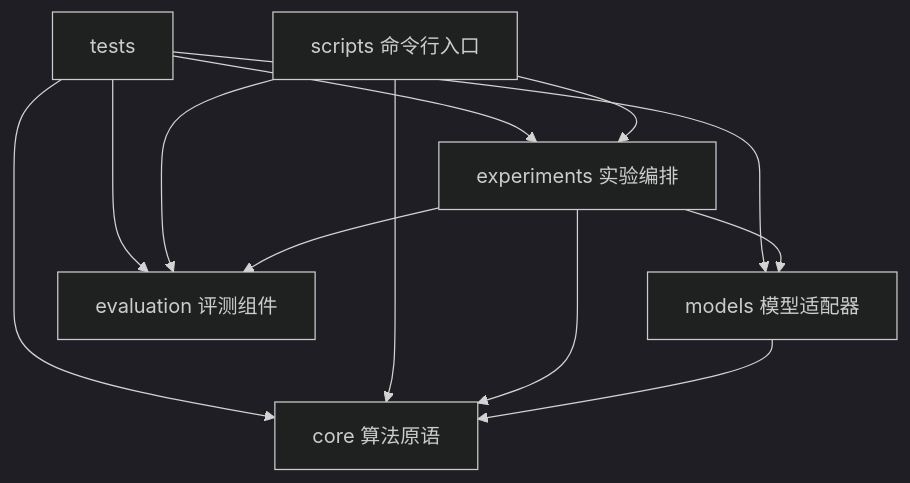
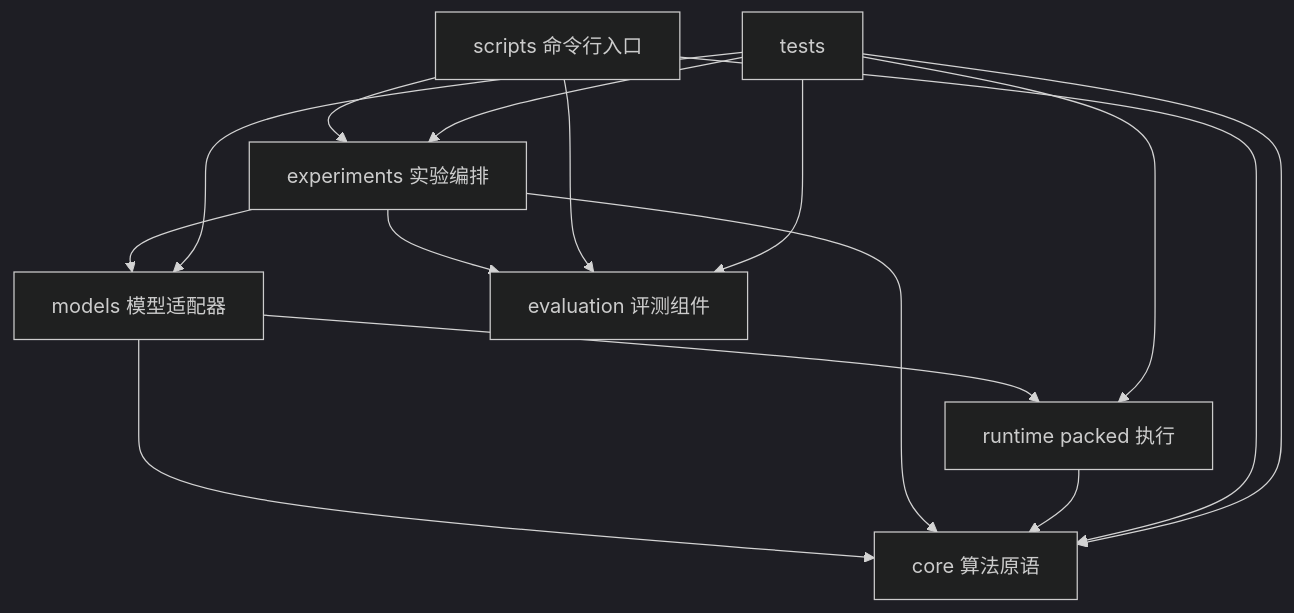
One commit to kuleeyoung/NestQuant-AIInfra changed the diagram in docs/architecture.md. Above: the diagram before and after it, drawn with Mermaid (dark theme). The commit also changed other lines of this file and 18 other files, not shown here.

````diff
--- a/docs/architecture.md
+++ b/docs/architecture.md
@@ -25,20 +27,24 @@
 ```mermaid
 flowchart TD
   Core[core 算法原语]
   Models[models 模型适配器]
   Eval[evaluation 评测组件]
   Exp[experiments 实验编排]
+  Runtime[runtime packed 执行]
   CLI[scripts 命令行入口]
   Tests[tests]
   Models --> Core
   Exp --> Core
   Exp --> Models
   Exp --> Eval
+  Runtime --> Core
+  Models --> Runtime
   CLI --> Exp
   CLI --> Eval
   CLI --> Core
   Tests --> Core
   Tests --> Models
   Tests --> Eval
   Tests --> Exp
+  Tests --> Runtime
 ```
````
